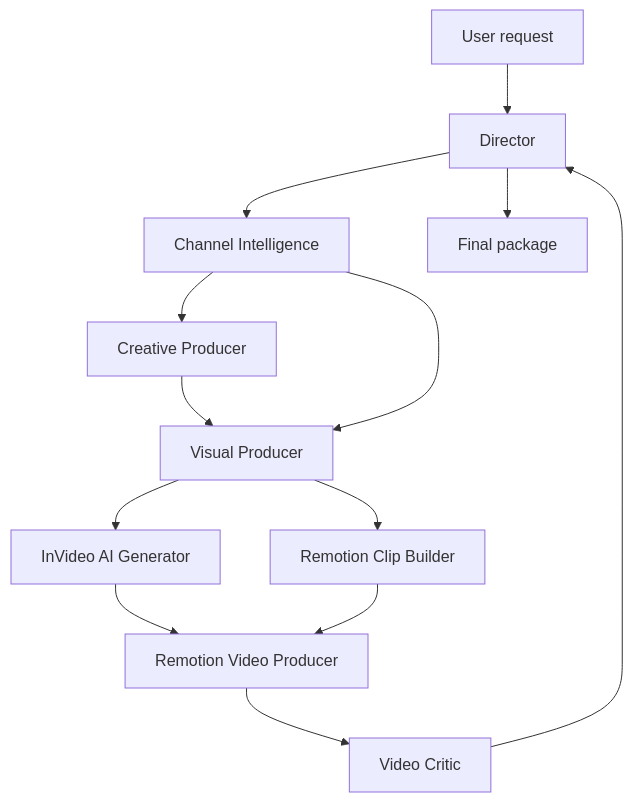
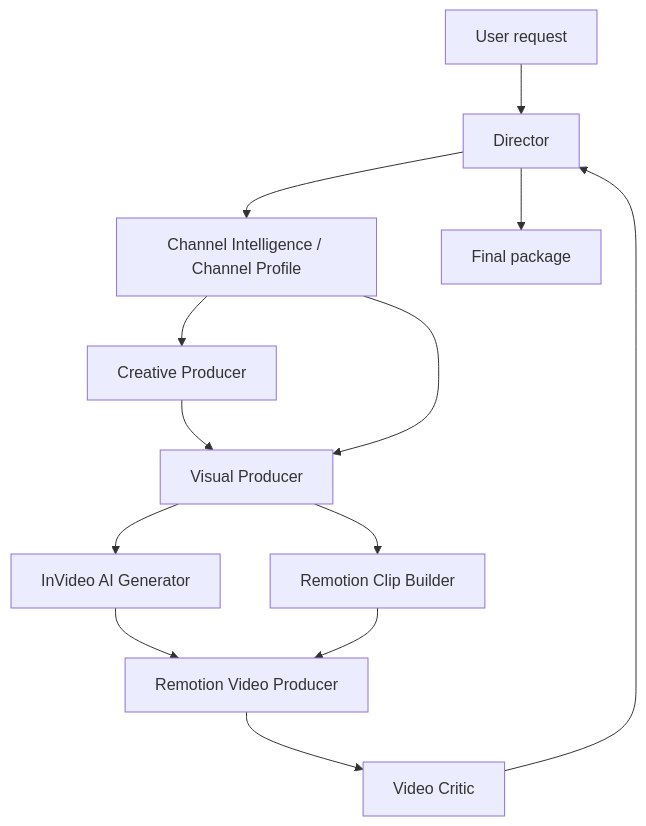
One commit to oleksandr-rud/video-factory changed the diagram in codex/architecture/research-synthesis.md. Above: the diagram before and after it, drawn with Mermaid. The commit also changed other lines of this file and 30 other files, not shown here.

````diff
--- a/codex/architecture/research-synthesis.md
+++ b/codex/architecture/research-synthesis.md
@@ -119,15 +127,15 @@
 ```mermaid
 flowchart TD
     U["User request"] --> D["Director"]
-    D --> R["Channel Intelligence"]
+    D --> R["Channel Intelligence / Channel Profile"]
     R --> C["Creative Producer"]
     C --> V["Visual Producer"]
     R --> V
     V --> A["InVideo AI Generator"]
     V --> B["Remotion Clip Builder"]
     A --> P["Remotion Video Producer"]
     B --> P["Remotion Video Producer"]
     P --> Q["Video Critic"]
     Q --> D
     D --> O["Final package"]
 ```
````
